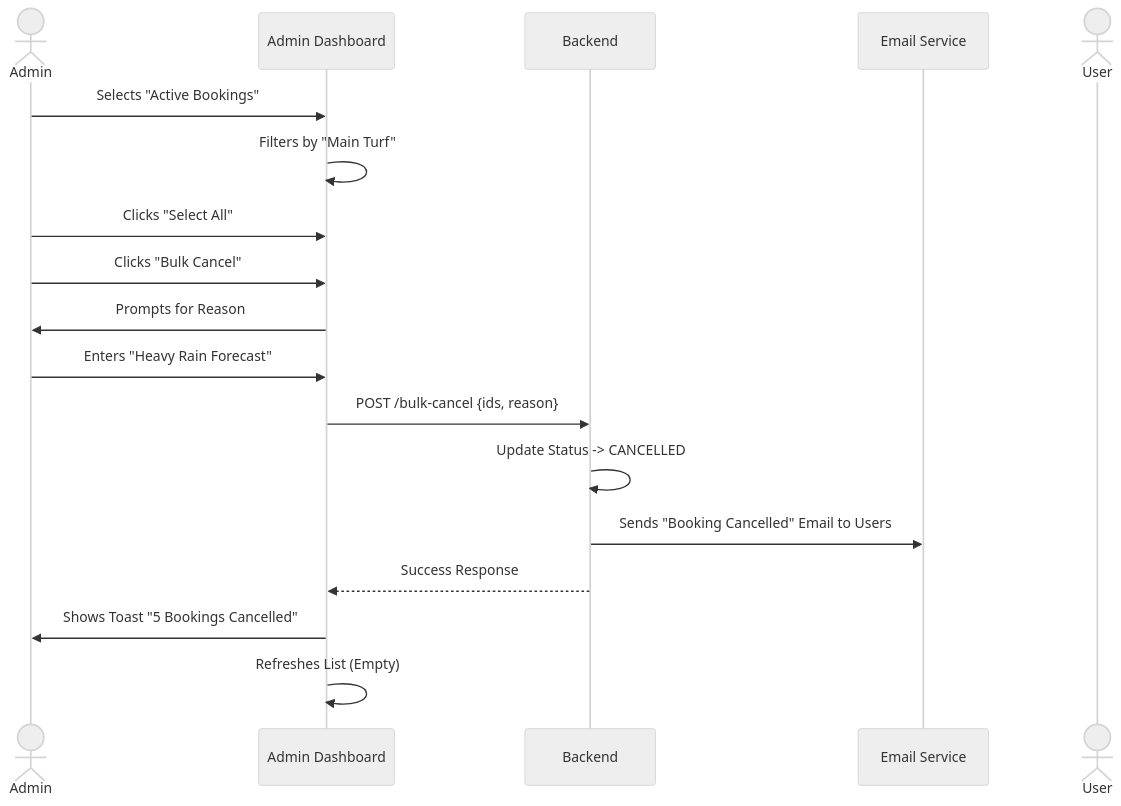
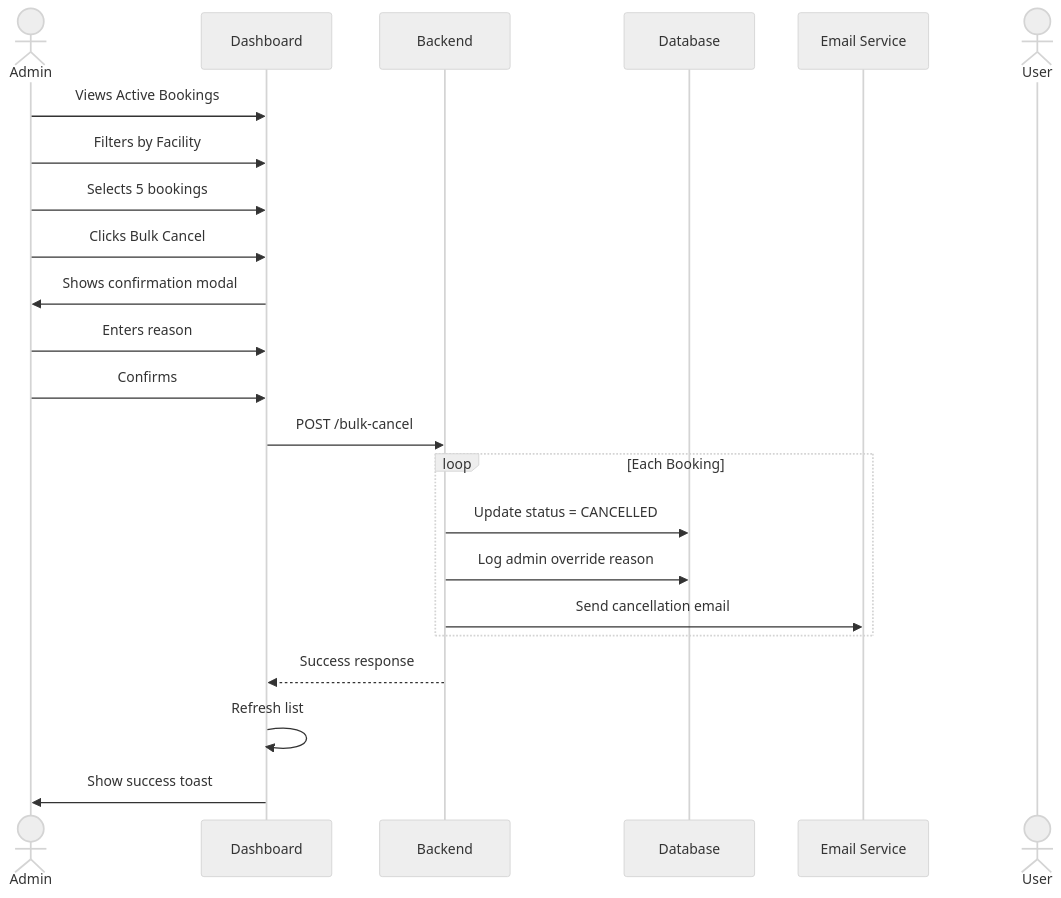
The eighth of 8 diagrams in documentation.md (SarthakPaandey/SSTBORROWING), drawn with Mermaid (neutral theme) before and after one commit. The commit also changed other lines of this file, not shown here.

````diff
--- a/documentation.md
+++ b/documentation.md
@@ -149,24 +450,30 @@
 ```mermaid
 sequenceDiagram
     actor Admin
-    participant Dash as Admin Dashboard
-    participant BE as Backend
-    participant Mail as Email Service
+    participant Dash as Dashboard
+    participant API as Backend
+    participant DB as Database
+    participant Email as Email Service
     actor User
 
-    Admin->>Dash: Selects "Active Bookings"
-    Dash->>Dash: Filters by "Main Turf"
+    Admin->>Dash: Views Active Bookings
+    Admin->>Dash: Filters by Facility
+    Admin->>Dash: Selects 5 bookings
+    Admin->>Dash: Clicks Bulk Cancel
     
-    Admin->>Dash: Clicks "Select All"
-    Admin->>Dash: Clicks "Bulk Cancel"
-    Dash->>Admin: Prompts for Reason
-    Admin->>Dash: Enters "Heavy Rain Forecast"
+    Dash->>Admin: Shows confirmation modal
+    Admin->>Dash: Enters reason
+    Admin->>Dash: Confirms
     
-    Dash->>BE: POST /bulk-cancel {ids, reason}
-    BE->>BE: Update Status -> CANCELLED
-    BE->>Mail: Sends "Booking Cancelled" Email to Users
-    BE-->>Dash: Success Response
+    Dash->>API: POST /bulk-cancel
     
-    Dash->>Admin: Shows Toast "5 Bookings Cancelled"
-    Dash->>Dash: Refreshes List (Empty)
+    loop Each Booking
+        API->>DB: Update status = CANCELLED
+        API->>DB: Log admin override reason
+        API->>Email: Send cancellation email
+    end
+    
+    API-->>Dash: Success response
+    Dash->>Dash: Refresh list
+    Dash->>Admin: Show success toast
 ```
````
